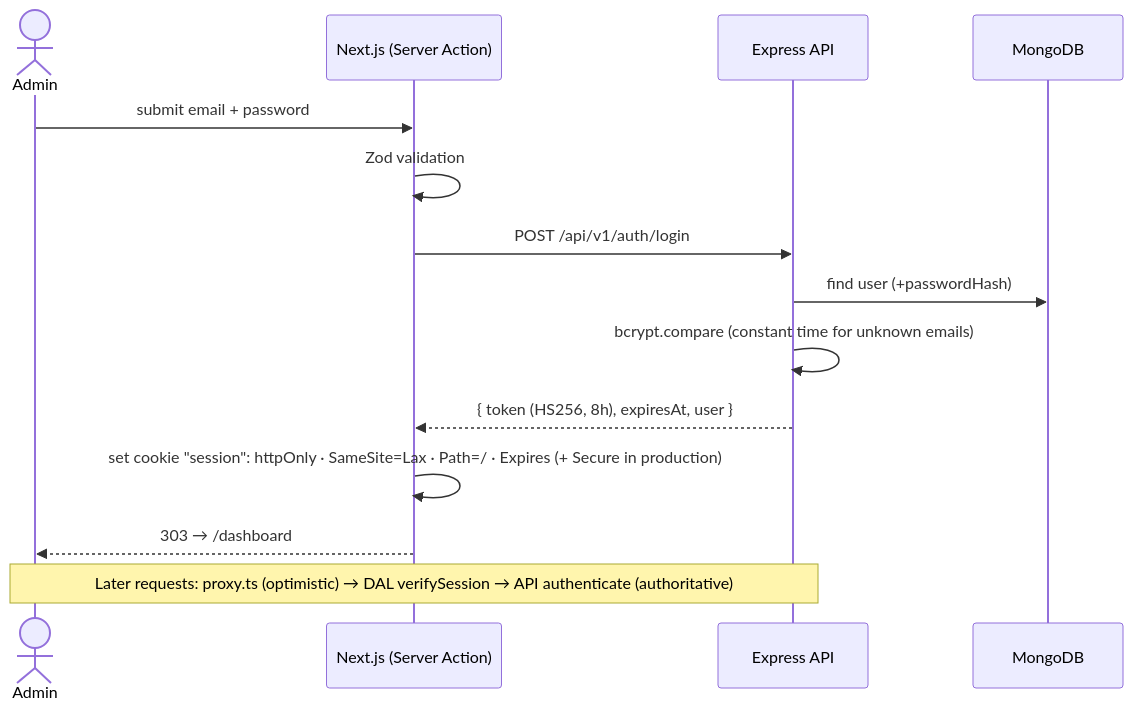
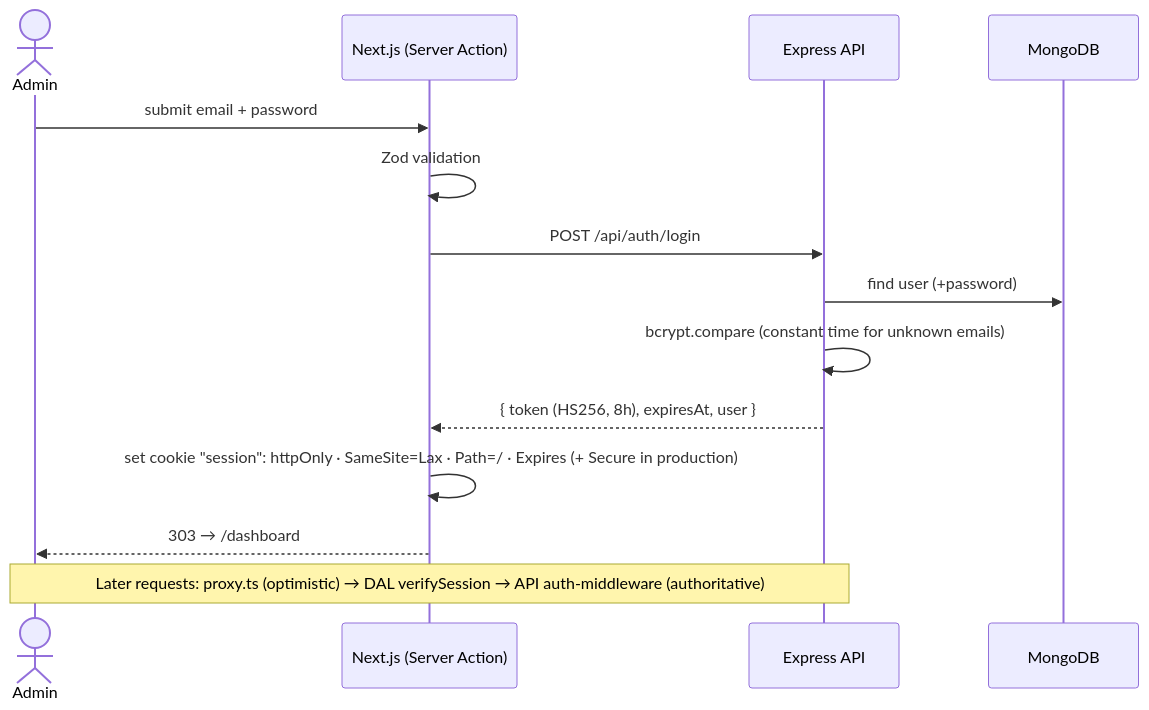
One commit to Faysalstat/docTracker changed the second of 2 diagrams in README.md. Above: the diagram before and after it, drawn with Mermaid. The commit also changed other lines of this file and 117 other files, not shown here.

````diff
--- a/README.md
+++ b/README.md
@@ -181,16 +184,16 @@
 ```mermaid
 sequenceDiagram
     actor U as Admin
     participant W as Next.js (Server Action)
     participant A as Express API
     participant M as MongoDB
     U->>W: submit email + password
     W->>W: Zod validation
-    W->>A: POST /api/v1/auth/login
-    A->>M: find user (+passwordHash)
+    W->>A: POST /api/auth/login
+    A->>M: find user (+password)
     A->>A: bcrypt.compare (constant time for unknown emails)
     A-->>W: { token (HS256, 8h), expiresAt, user }
     W->>W: set cookie "session": httpOnly · SameSite=Lax · Path=/ · Expires (+ Secure in production)
     W-->>U: 303 → /dashboard
-    Note over U,A: Later requests: proxy.ts (optimistic) → DAL verifySession → API authenticate (authoritative)
+    Note over U,A: Later requests: proxy.ts (optimistic) → DAL verifySession → API auth-middleware (authoritative)
 ```
````
